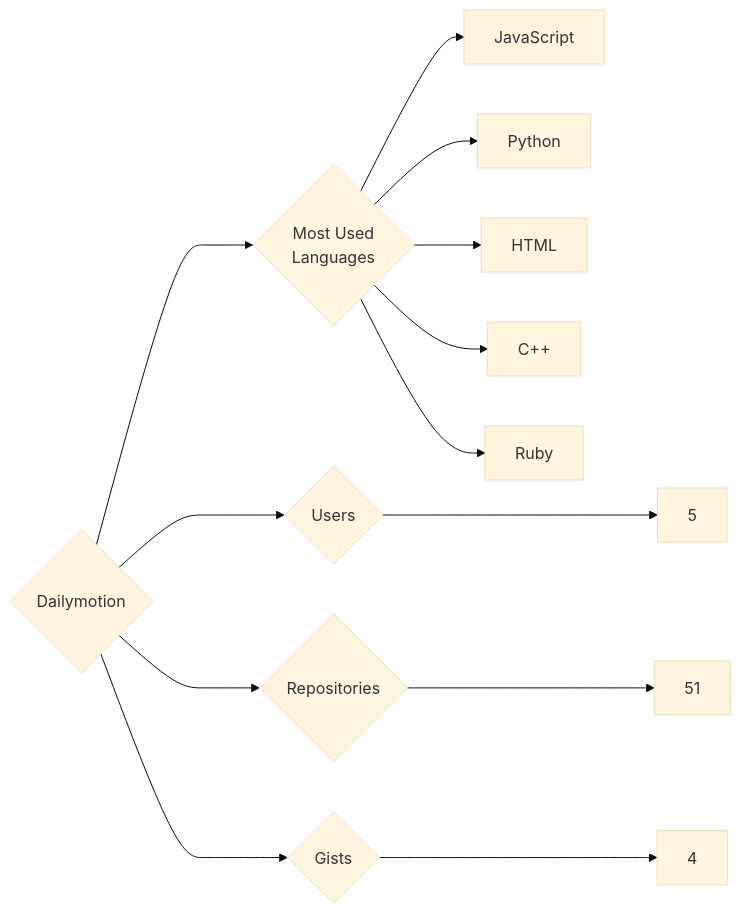
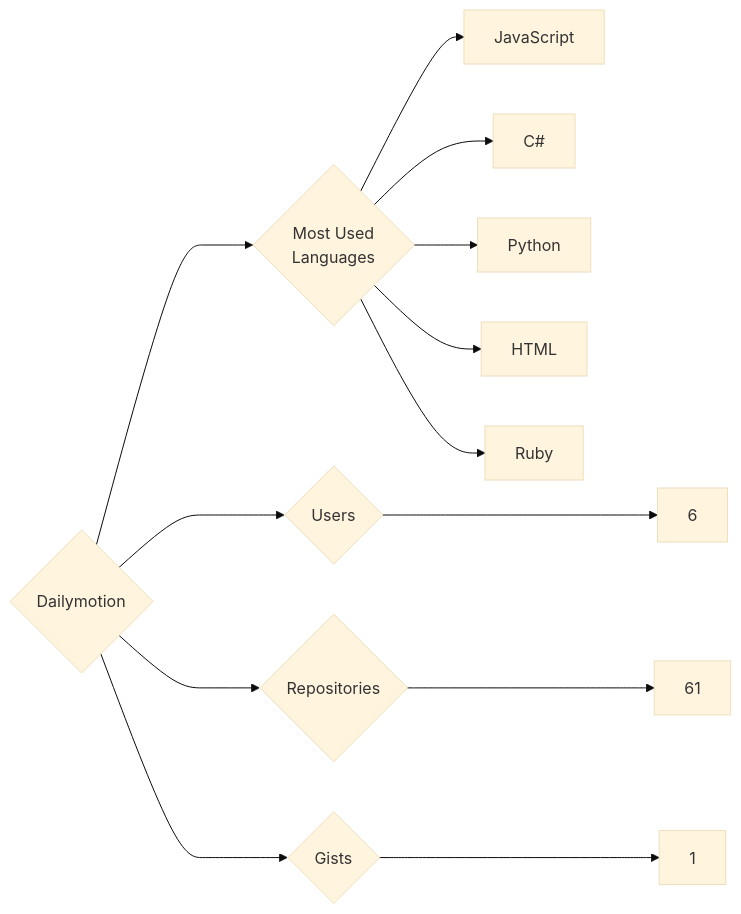
One commit to trickest/insiders changed the diagram in targets/Dailymotion/README.md. Above: the diagram before and after it, drawn with Mermaid (base theme). The commit also changed 1149 other files, not shown here.

````diff
--- a/targets/Dailymotion/README.md
+++ b/targets/Dailymotion/README.md
@@ -3,13 +3,13 @@
 ```mermaid
 graph LR
 COMPANY_NAME{Dailymotion}
-COMPANY_NAME ---> U{Users} ---> UN[5]
-COMPANY_NAME ---> R{Repositories} ---> RN[51]
-COMPANY_NAME ---> G{Gists} ---> GN[4]
+COMPANY_NAME ---> U{Users} ---> UN[6]
+COMPANY_NAME ---> R{Repositories} ---> RN[61]
+COMPANY_NAME ---> G{Gists} ---> GN[1]
 COMPANY_NAME ---> ML{Most Used<br>Languages}
 ML --> JavaScript[JavaScript]
+ML --> C#[C#]
 ML --> Python[Python]
 ML --> HTML[HTML]
-ML --> C++[C++]
 ML --> Ruby[Ruby]
 ```
````
